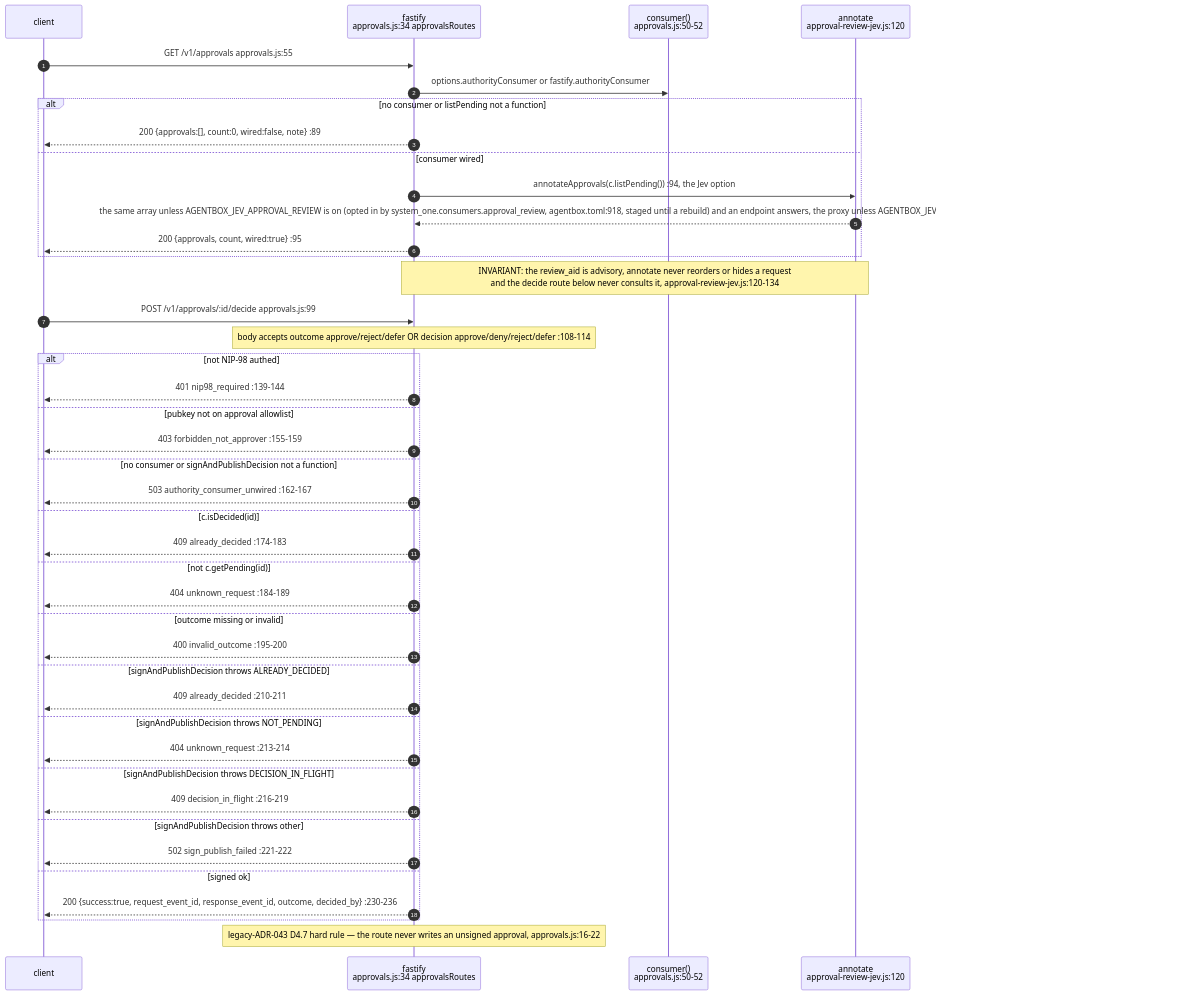
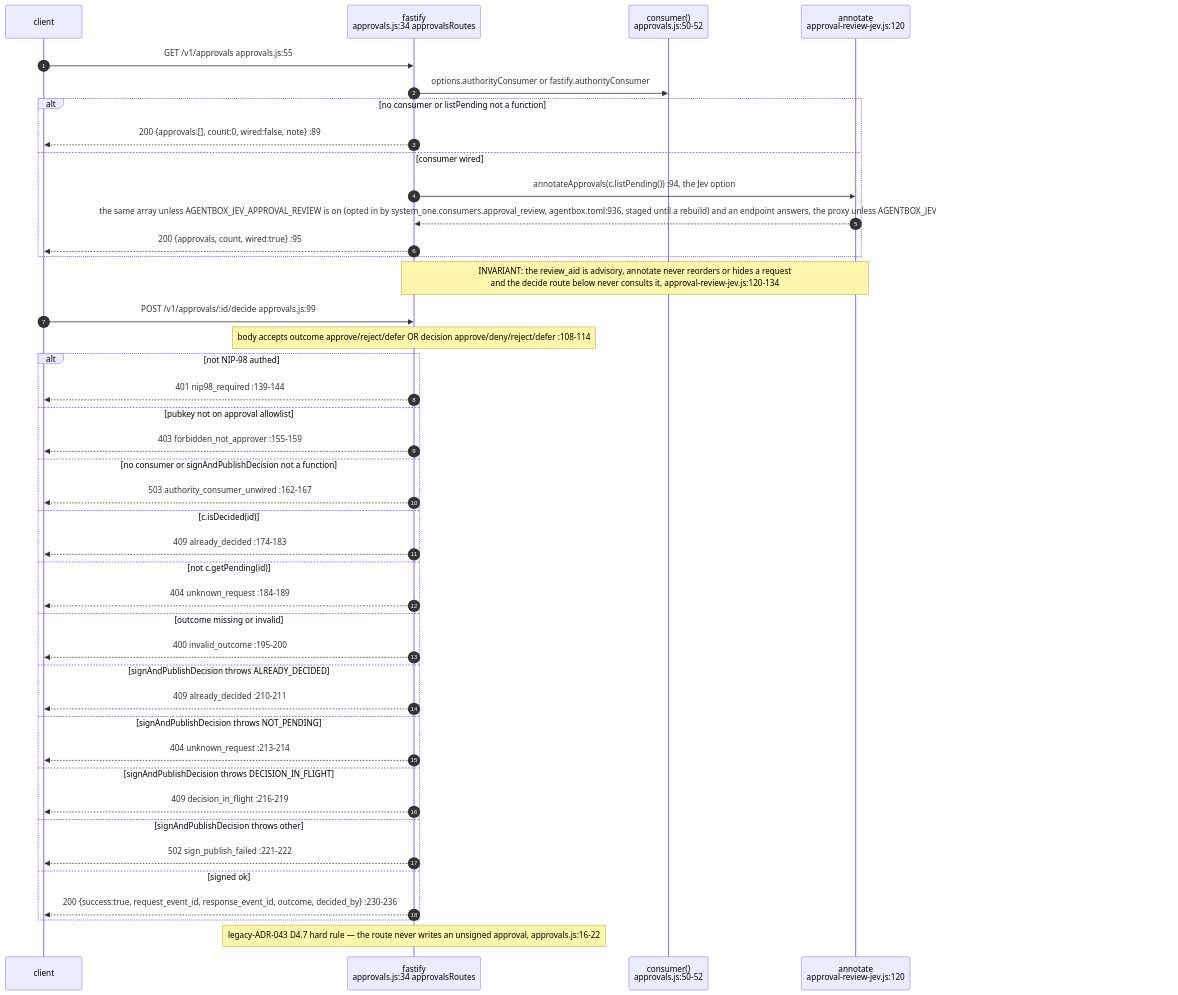
The fifth of 15 diagrams in docs/diagrams/agentbox/14-governance-journal-actions-approvals.md (DreamLab-AI/VisionFlow), drawn with Mermaid before and after one commit. The commit also changed other lines of this file and 12 other files, not shown here.

````diff
--- a/docs/diagrams/agentbox/14-governance-journal-actions-approvals.md
+++ b/docs/diagrams/agentbox/14-governance-journal-actions-approvals.md
@@ -270,46 +270,46 @@
 ```mermaid
 sequenceDiagram
     autonumber
     participant C as client
     participant FA as fastify<br/>approvals.js:34 approvalsRoutes
     participant CON as consumer()<br/>approvals.js:50-52
     participant AJ as annotate<br/>approval-review-jev.js:120
 
     C->>FA: GET /v1/approvals approvals.js:55
     FA->>CON: options.authorityConsumer or fastify.authorityConsumer
     alt no consumer or listPending not a function
         FA-->>C: 200 {approvals:[], count:0, wired:false, note} :89
     else consumer wired
         FA->>AJ: annotateApprovals(c.listPending()) :94, the Jev option
-        AJ-->>FA: the same array unless AGENTBOX_JEV_APPROVAL_REVIEW is on (opted in by system_one.consumers.approval_review, agentbox.toml:918, staged until a rebuild) and an endpoint answers, the proxy unless AGENTBOX_JEV_APPROVAL_LOCAL_ONLY=1 (approval-review-jev.js:20-24,127)
+        AJ-->>FA: the same array unless AGENTBOX_JEV_APPROVAL_REVIEW is on (opted in by system_one.consumers.approval_review, agentbox.toml:936, staged until a rebuild) and an endpoint answers, the proxy unless AGENTBOX_JEV_APPROVAL_LOCAL_ONLY=1 (approval-review-jev.js:20-24,127)
         FA-->>C: 200 {approvals, count, wired:true} :95
     end
     Note over FA,AJ: INVARIANT: the review_aid is advisory, annotate never reorders or hides a request<br/>and the decide route below never consults it, approval-review-jev.js:120-134
 
     C->>FA: POST /v1/approvals/:id/decide approvals.js:99
     Note over FA: body accepts outcome approve/reject/defer OR decision approve/deny/reject/defer :108-114
     alt not NIP-98 authed
         FA-->>C: 401 nip98_required :139-144
     else pubkey not on approval allowlist
         FA-->>C: 403 forbidden_not_approver :155-159
     else no consumer or signAndPublishDecision not a function
         FA-->>C: 503 authority_consumer_unwired :162-167
     else c.isDecided(id)
         FA-->>C: 409 already_decided :174-183
     else not c.getPending(id)
         FA-->>C: 404 unknown_request :184-189
     else outcome missing or invalid
         FA-->>C: 400 invalid_outcome :195-200
     else signAndPublishDecision throws ALREADY_DECIDED
         FA-->>C: 409 already_decided :210-211
     else signAndPublishDecision throws NOT_PENDING
         FA-->>C: 404 unknown_request :213-214
     else signAndPublishDecision throws DECISION_IN_FLIGHT
         FA-->>C: 409 decision_in_flight :216-219
     else signAndPublishDecision throws other
         FA-->>C: 502 sign_publish_failed :221-222
     else signed ok
         FA-->>C: 200 {success:true, request_event_id, response_event_id, outcome, decided_by} :230-236
     end
     Note over FA: legacy-ADR-043 D4.7 hard rule — the route never writes an unsigned approval, approvals.js:16-22
 ```
````
